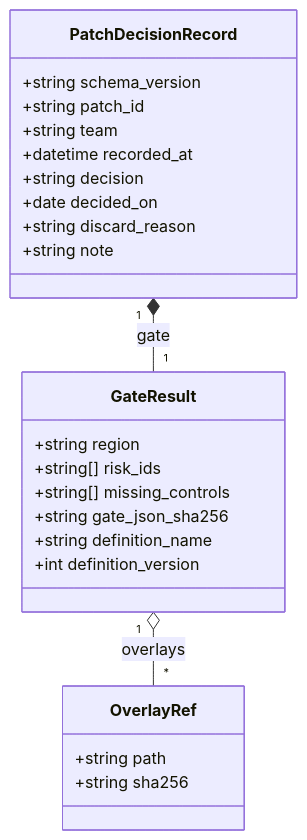
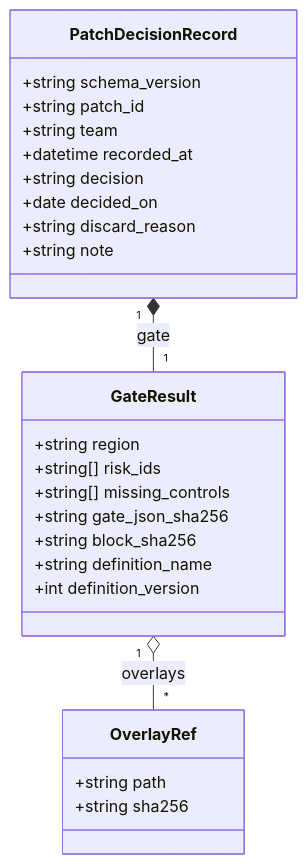
One commit to suwa-sh/ai-delegation-readiness changed the third of 3 diagrams in docs/12_patch_decision_loop.md. Above: the diagram before and after it, drawn with Mermaid. The commit also changed other lines of this file and 9 other files, not shown here.

````diff
--- a/docs/12_patch_decision_loop.md
+++ b/docs/12_patch_decision_loop.md
@@ -316,27 +355,28 @@
 ```mermaid
 classDiagram
     class PatchDecisionRecord {
       +string schema_version
       +string patch_id
       +string team
       +datetime recorded_at
       +string decision
       +date decided_on
       +string discard_reason
       +string note
     }
     class GateResult {
       +string region
       +string[] risk_ids
       +string[] missing_controls
       +string gate_json_sha256
+      +string block_sha256
       +string definition_name
       +int definition_version
     }
     class OverlayRef {
       +string path
       +string sha256
     }
     PatchDecisionRecord "1" *-- "1" GateResult : gate
     GateResult "1" o-- "*" OverlayRef : overlays
 ```
````
